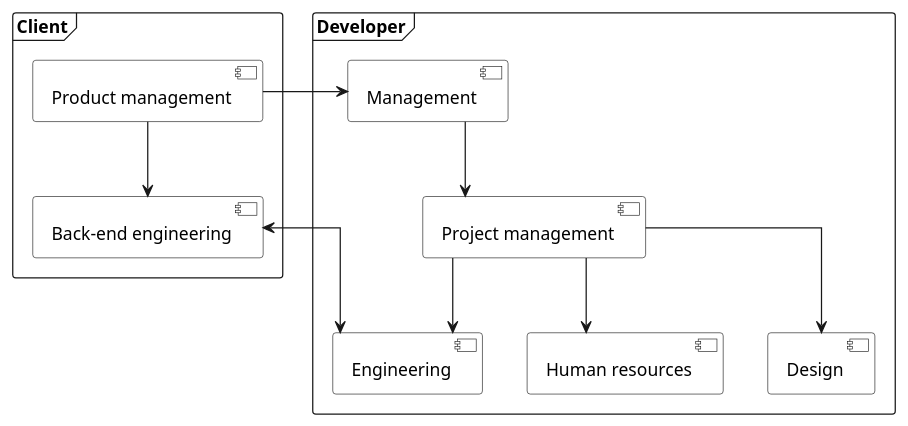
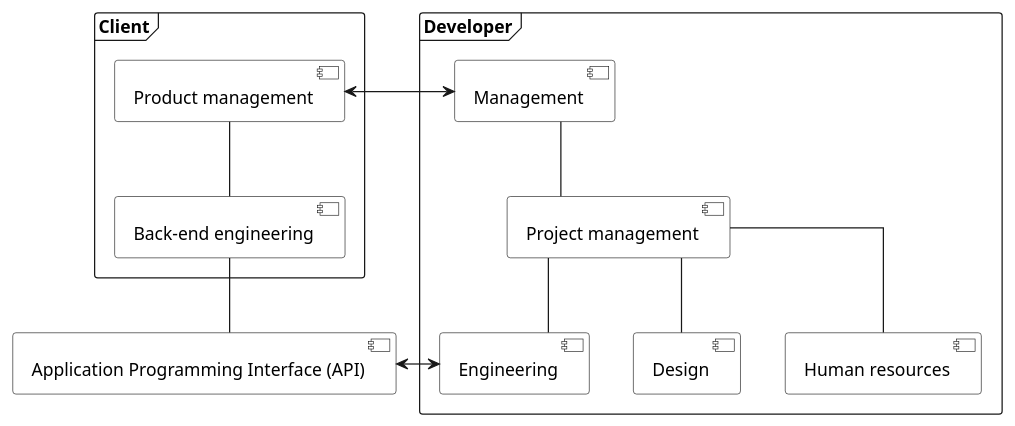
One commit to thorlindberg/thesis changed the diagram in dissertation/4 background.md. Above: the diagram before and after it, drawn with PlantUML. The commit also changed other lines of this file, not shown here.

Commit message:
Update 4 background.md

```diff
--- a/dissertation/4 background.md
+++ b/dissertation/4 background.md
@@ -9,35 +9,36 @@
 @startuml
 
 skinparam linetype ortho
 
 <style>
 componentDiagram {
     BackGroundColor transparent
     frame {
         BackGroundColor white
     }
     component {
         BackGroundColor white
     }
     database {
         BackGroundColor white
     }
 }
 </style>
 
 frame Client {
-    [Product management] -down-> [Back-end engineering]
+    [Product management] -down- [Back-end engineering]
 }
 
 frame Developer {
-    [Management] -down-> [Project management]
-    [Project management] -down-> [Human resources]
-    [Project management] -down-> [Engineering]
-    [Project management] -down-> [Design]
+    [Management] -down- [Project management]
+    [Project management] -down- [Engineering]
+    [Project management] -down- [Design]
+    [Project management] -down- [Human resources]
 }
 
-[Product management] -right-> [Management]
+[Product management] <-right-> [Management]
 
-[Back-end engineering] <-right-> [Engineering]
+[Back-end engineering] -down- [Application Programming Interface (API)]
+[Engineering] <-left-> [Application Programming Interface (API)]
 
 @enduml
```
